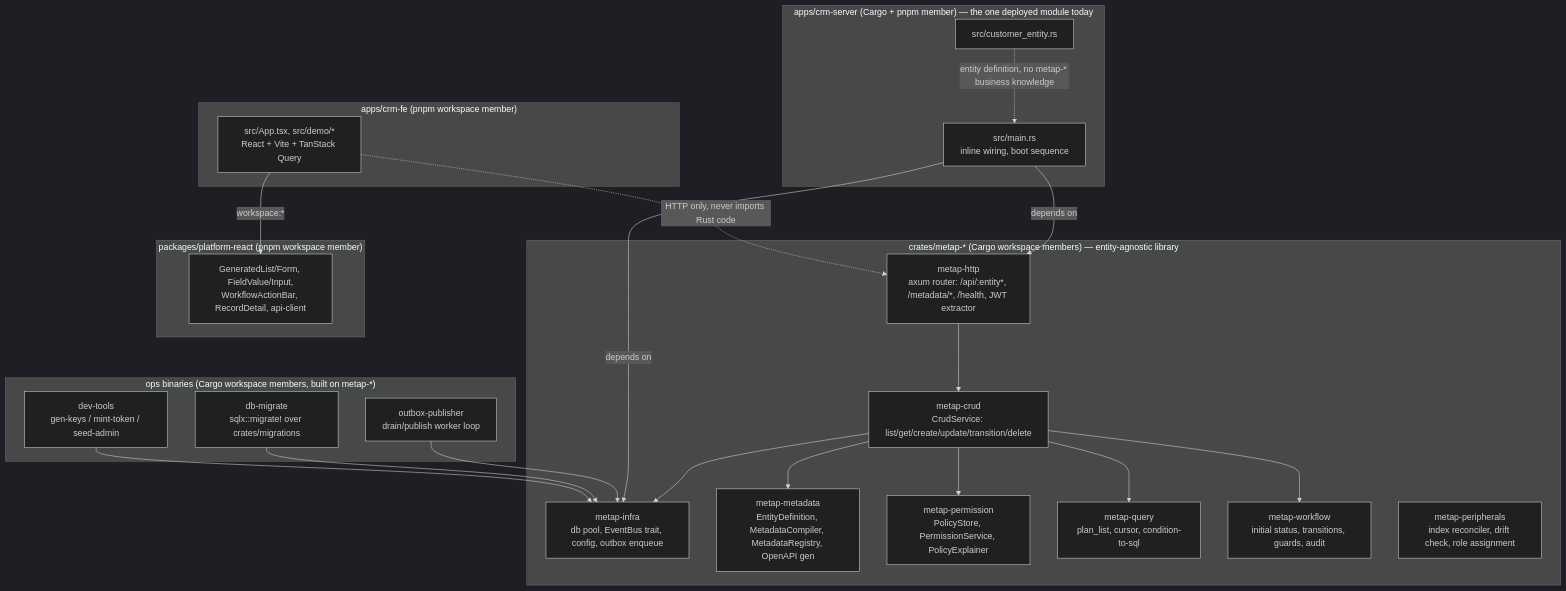
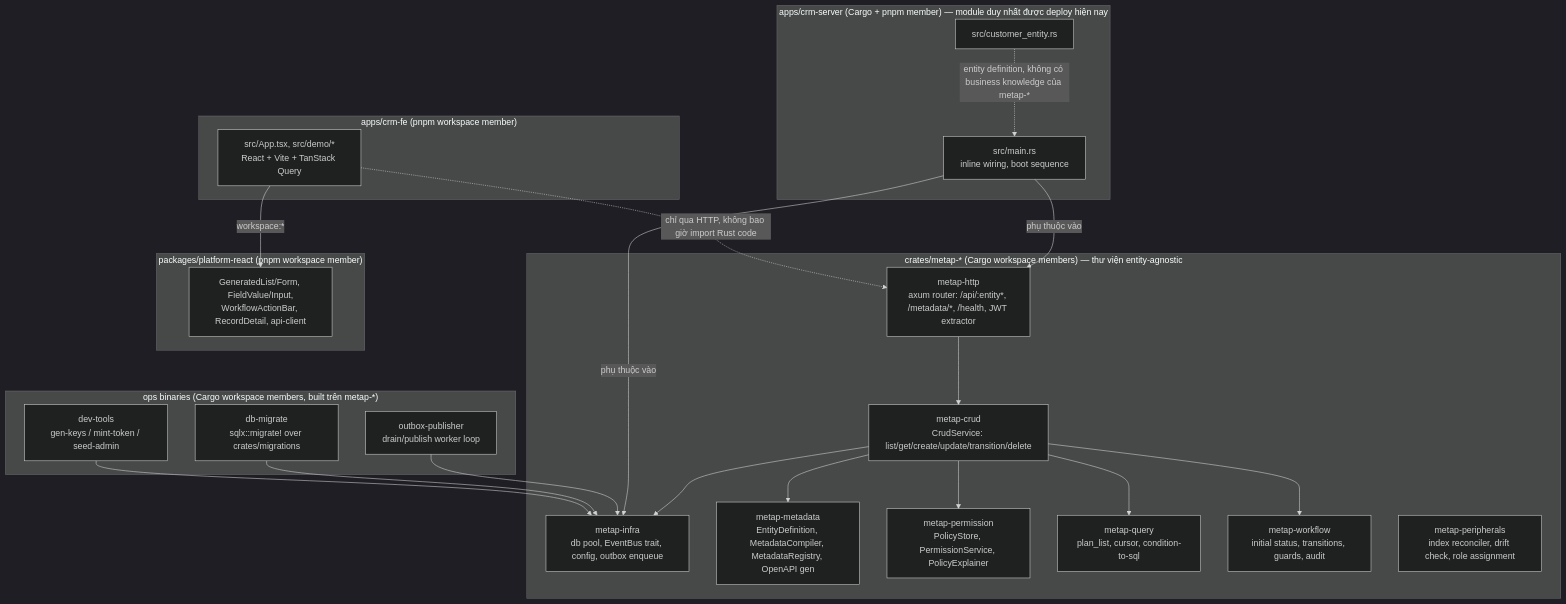
The fifth of 5 diagrams in docs/architectures/05-building-blocks.md (metap-org/metap), drawn with Mermaid (dark theme) before and after one commit. The commit also changed other lines of this file and 26 other files, not shown here.

````diff
--- a/docs/architectures/05-building-blocks.md
+++ b/docs/architectures/05-building-blocks.md
@@ -374,47 +374,47 @@
 ```mermaid
 graph TD
-  subgraph cratesmetap["crates/metap-* (Cargo workspace members) — entity-agnostic library"]
+  subgraph cratesmetap["crates/metap-* (Cargo workspace members) — thư viện entity-agnostic"]
     infra["metap-infra<br/>db pool, EventBus trait, config, outbox enqueue"]
     metadata["metap-metadata<br/>EntityDefinition, MetadataCompiler, MetadataRegistry, OpenAPI gen"]
     permission["metap-permission<br/>PolicyStore, PermissionService, PolicyExplainer"]
     query["metap-query<br/>plan_list, cursor, condition-to-sql"]
     workflow["metap-workflow<br/>initial status, transitions, guards, audit"]
     crud["metap-crud<br/>CrudService: list/get/create/update/transition/delete"]
     http["metap-http<br/>axum router: /api/:entity*, /metadata/*, /health, JWT extractor"]
     peripherals["metap-peripherals<br/>index reconciler, drift check, role assignment"]
   end
 
-  subgraph opsbin["ops binaries (Cargo workspace members, built on metap-*)"]
+  subgraph opsbin["ops binaries (Cargo workspace members, built trên metap-*)"]
     outboxpub["outbox-publisher<br/>drain/publish worker loop"]
     dbmigrate["db-migrate<br/>sqlx::migrate! over crates/migrations"]
     devtools["dev-tools<br/>gen-keys / mint-token / seed-admin"]
   end
 
-  subgraph appscrmserver["apps/crm-server (Cargo + pnpm member) — the one deployed module today"]
+  subgraph appscrmserver["apps/crm-server (Cargo + pnpm member) — module duy nhất được deploy hiện nay"]
     customerentity["src/customer_entity.rs"]
     mainrs["src/main.rs<br/>inline wiring, boot sequence"]
   end
 
   subgraph pkgplatform["packages/platform-react (pnpm workspace member)"]
     platform["GeneratedList/Form, FieldValue/Input,<br/>WorkflowActionBar, RecordDetail, api-client"]
   end
 
   subgraph appscrmfe["apps/crm-fe (pnpm workspace member)"]
     demoapp["src/App.tsx, src/demo/*<br/>React + Vite + TanStack Query"]
   end
 
   http --> crud
   crud --> metadata
   crud --> permission
   crud --> query
   crud --> workflow
   crud --> infra
-  mainrs -->|"depends on"| http
-  mainrs -->|"depends on"| infra
-  customerentity -.entity definition, no metap-* business knowledge.-> mainrs
+  mainrs -->|"phụ thuộc vào"| http
+  mainrs -->|"phụ thuộc vào"| infra
+  customerentity -.entity definition, không có business knowledge của metap-*.-> mainrs
   outboxpub --> infra
   dbmigrate --> infra
   devtools --> infra
   demoapp -->|"workspace:*"| platform
-  demoapp -.HTTP only, never imports Rust code.-> http
+  demoapp -.chỉ qua HTTP, không bao giờ import Rust code.-> http
 ```
````
